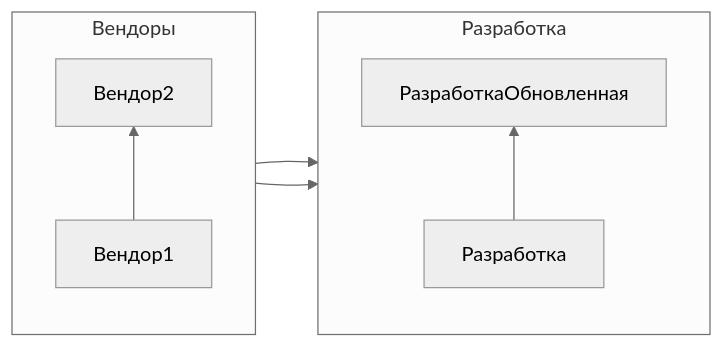
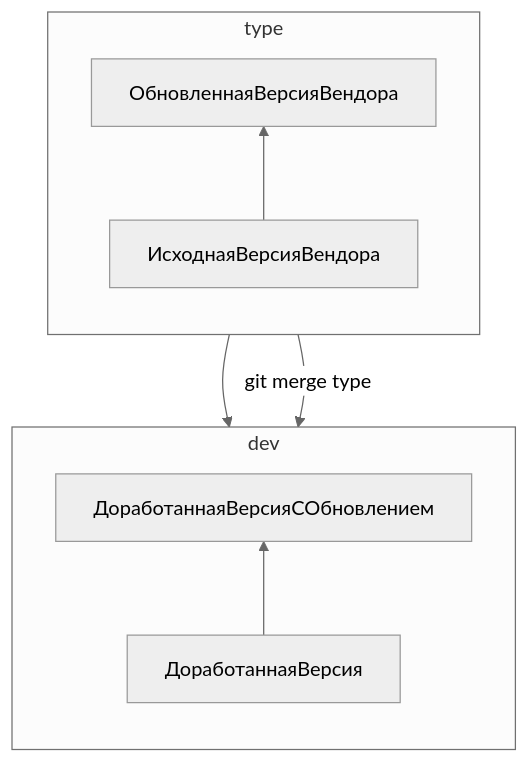
One commit to pZayash/odins_vendor_git changed the diagram in readme.md. Above: the diagram before and after it, drawn with Mermaid (neutral theme). The commit also changed other lines of this file and 11 other files, not shown here.

````diff
--- a/readme.md
+++ b/readme.md
@@ -1,13 +16,13 @@
 ```mermaid
-flowchart LR
-    subgraph vendors["Вендоры"]
+flowchart
+    subgraph vendors["type"]
         direction BT
-        Вендор1 --> Вендор2
+        ИсходнаяВерсияВендора --> ОбновленнаяВерсияВендора
     end
-    subgraph dev["Разработка"]
+    subgraph dev["dev"]
         direction BT
-        Разработка --> РазработкаОбновленная
+        ДоработаннаяВерсия --> ДоработаннаяВерсияСОбновлением
     end
-    Вендор1 --> Разработка
-    Вендор2 --> РазработкаОбновленная
+    ИсходнаяВерсияВендора --> ДоработаннаяВерсия
+    ОбновленнаяВерсияВендора -->|"git merge type"| ДоработаннаяВерсияСОбновлением
 ```
````
